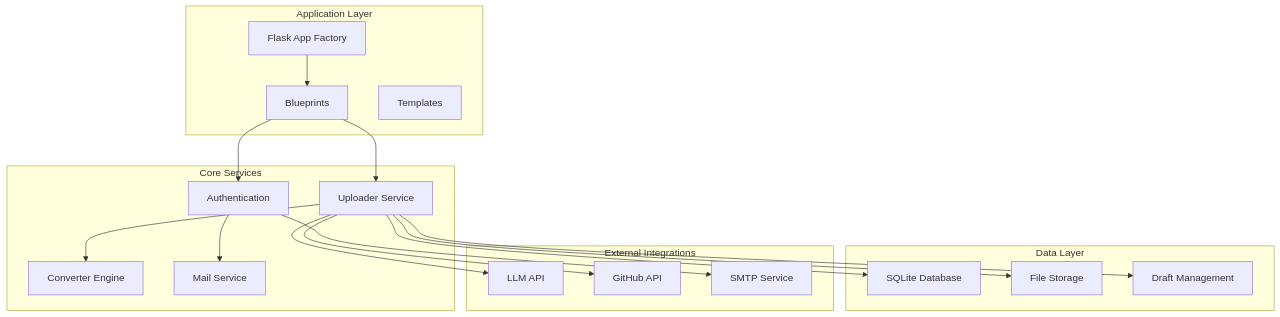
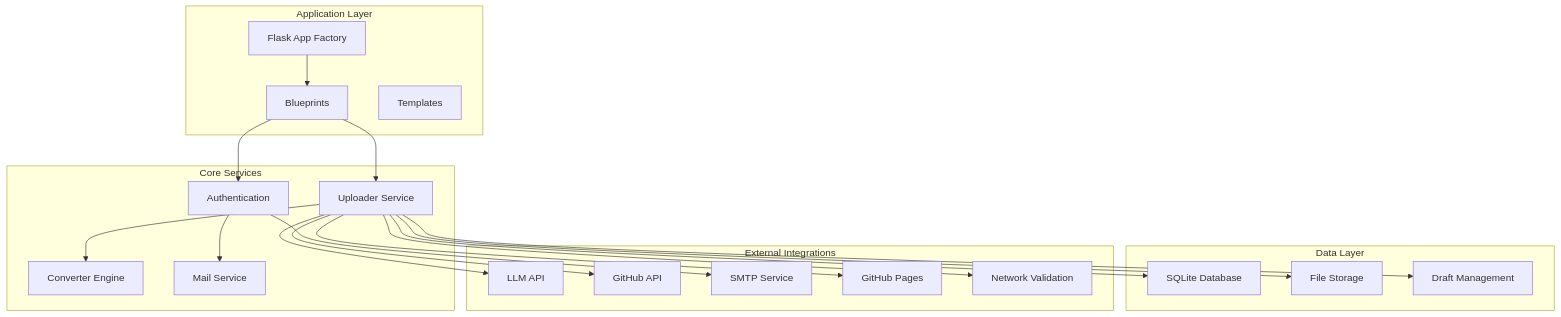
Before and after one commit to PolarisW007/PolaZhenJing: the first of 9 diagrams in .qoder/repowiki/en/content/Backend Application/Uploader Application Enhancements.md, drawn with Mermaid. The commit also changed other lines of this file and 4 other files, not shown here.

````diff
--- a/.qoder/repowiki/en/content/Backend Application/Uploader Application Enhancements.md
+++ b/.qoder/repowiki/en/content/Backend Application/Uploader Application Enhancements.md
@@ -45,35 +56,39 @@
 ```mermaid
 graph TB
 subgraph "Application Layer"
 A[Flask App Factory]
 B[Blueprints]
 C[Templates]
 end
 subgraph "Core Services"
 D[Uploader Service]
 E[Authentication]
 F[Converter Engine]
 G[Mail Service]
 end
 subgraph "Data Layer"
 H[SQLite Database]
 I[File Storage]
 J[Draft Management]
 end
 subgraph "External Integrations"
 K[LLM API]
 L[GitHub API]
 M[SMTP Service]
+N[GitHub Pages]
+O[Network Validation]
 end
 A --> B
 B --> D
 B --> E
 D --> F
 E --> G
 D --> H
 D --> I
 D --> J
 D --> K
 D --> L
+D --> N
+D --> O
 E --> M
 ```
````
